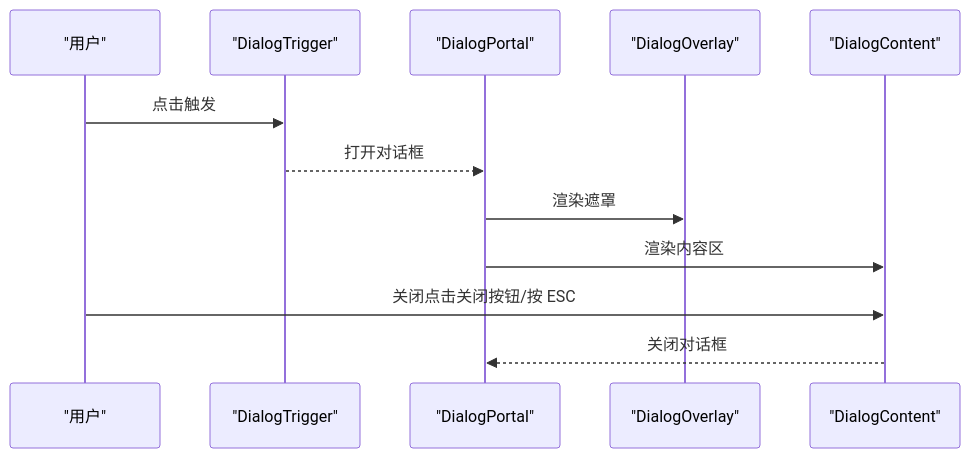
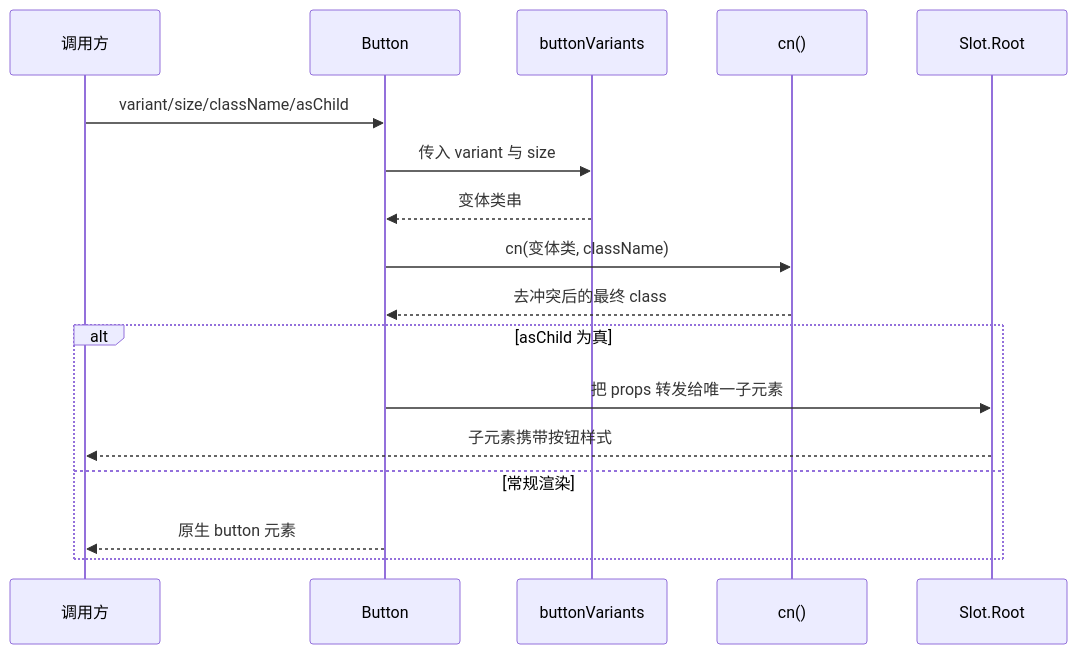
One commit to x01n/My-OpenWaf changed the fourth of 7 diagrams in docs/前端管理界面/组件设计模式/UI 原子组件模式.md. Above: the diagram before and after it, drawn with Mermaid. The commit also changed other lines of this file and 622 other files, not shown here.

````diff
--- a/docs/前端管理界面/组件设计模式/UI 原子组件模式.md
+++ b/docs/前端管理界面/组件设计模式/UI 原子组件模式.md
@@ -308,14 +324,19 @@
 ```mermaid
 sequenceDiagram
-participant U as "用户"
-participant T as "DialogTrigger"
-participant P as "DialogPortal"
-participant O as "DialogOverlay"
-participant C as "DialogContent"
-U->>T : 点击触发
-T-->>P : 打开对话框
-P->>O : 渲染遮罩
-P->>C : 渲染内容区
-U->>C : 关闭点击关闭按钮/按 ESC
-C-->>P : 关闭对话框
+  participant C as 调用方
+  participant B as Button
+  participant CV as buttonVariants
+  participant CN as cn()
+  participant S as Slot.Root
+  C->>B: variant/size/className/asChild
+  B->>CV: 传入 variant 与 size
+  CV-->>B: 变体类串
+  B->>CN: cn(变体类, className)
+  CN-->>B: 去冲突后的最终 class
+  alt asChild 为真
+    B->>S: 把 props 转发给唯一子元素
+    S-->>C: 子元素携带按钮样式
+  else 常规渲染
+    B-->>C: 原生 button 元素
+  end
 ```
````
